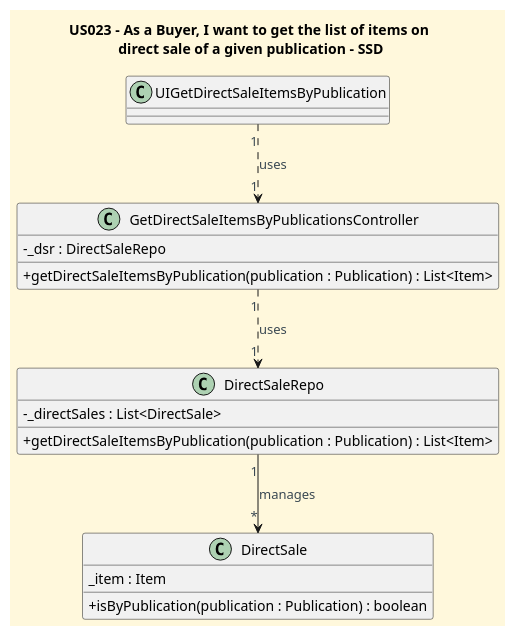
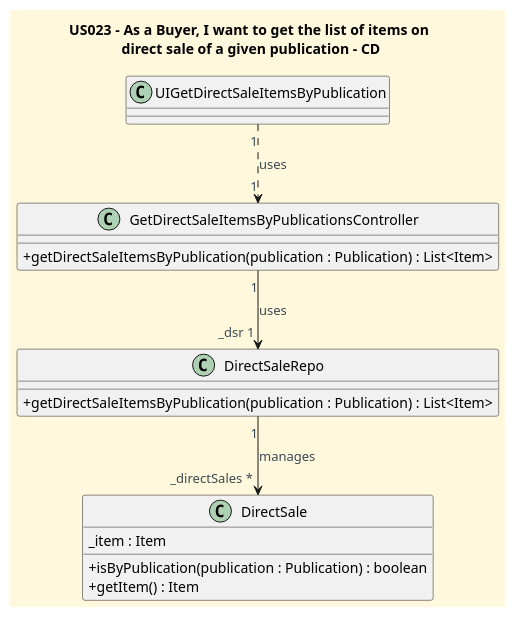
Before and after one commit to CarolinaLeite-collab/JavaMarketplacePlatform: the diagram in docs/userStories/US023/US023_get_list_items_directSale_given_publication_CD.puml, drawn with PlantUML.

Commit message:
docs: update US023 CD to represent attributes on association ends, closes #306

```diff
--- a/docs/userStories/US023/US023_get_list_items_directSale_given_publication_CD.puml
+++ b/docs/userStories/US023/US023_get_list_items_directSale_given_publication_CD.puml
@@ -1,40 +1,39 @@
 @startuml
-title "US023 - As a Buyer, I want to get the list of items on \ndirect sale of a given publication - SSD"
+title "US023 - As a Buyer, I want to get the list of items on \ndirect sale of a given publication - CD"
 
 
 '==== basic style ====
 skinparam monochrome false
 skinparam shadowing false
 skinparam defaultFontName Futura
 skinparam objectFontSize 20
 skinparam backgroundColor CornSilk
 skinparam objectBackgroundColor WhiteSmoke
 skinparam noteBackgroundColor #FFFFE0
 skinparam ArrowFontColor #3B4953
 skinparam ActivationBackgroundColor black
 skinparam classAttributeIconSize 0
 
 class UIGetDirectSaleItemsByPublication {
 
 }
 
 class GetDirectSaleItemsByPublicationsController {
-    - _dsr : DirectSaleRepo
     + getDirectSaleItemsByPublication(publication : Publication) : List<Item>
 }
 
 class DirectSaleRepo {
-    - _directSales : List<DirectSale>
     + getDirectSaleItemsByPublication(publication : Publication) : List<Item>
 }
 
 class DirectSale {
 _item : Item
 + isByPublication(publication : Publication) : boolean
++ getItem() : Item
 }
 
 UIGetDirectSaleItemsByPublication "1" ..> "1" GetDirectSaleItemsByPublicationsController : uses
-GetDirectSaleItemsByPublicationsController "1" ..> "1" DirectSaleRepo : uses
-DirectSaleRepo "1" --> "*" DirectSale : manages
+GetDirectSaleItemsByPublicationsController "1" --> "_dsr 1" DirectSaleRepo : uses
+DirectSaleRepo "1" --> "_directSales *" DirectSale : manages
 
 @enduml
```
